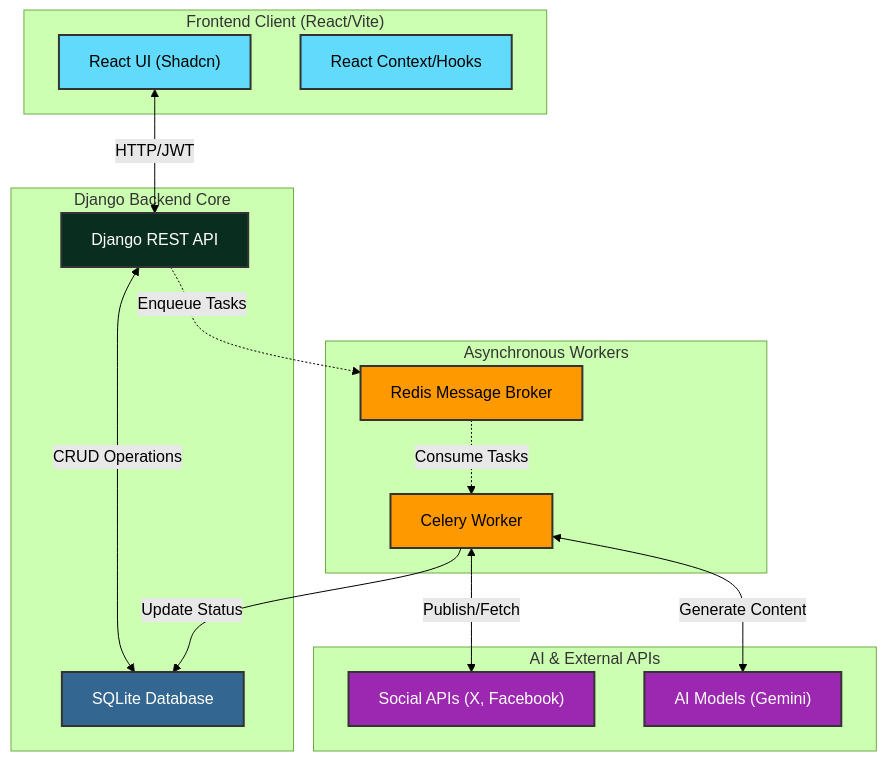
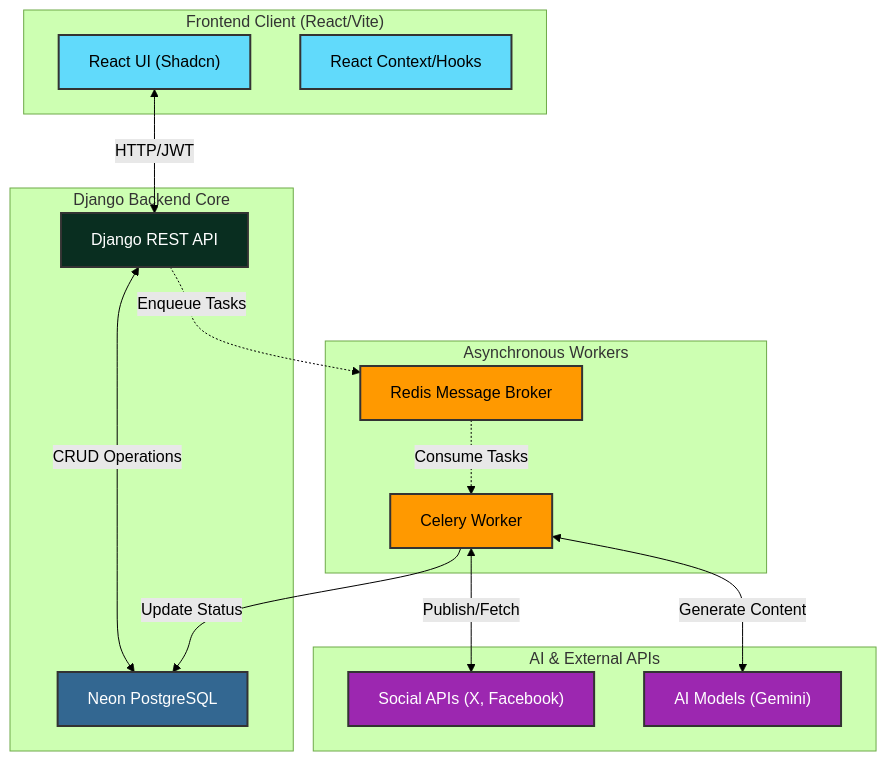
One commit to akshitsharmacodes/CruiseContent changed the first of 3 diagrams in README.md. Above: the diagram before and after it, drawn with Mermaid (forest theme). The commit also changed other lines of this file and 156 other files, not shown here.

````diff
--- a/README.md
+++ b/README.md
@@ -24,39 +24,39 @@
 ```mermaid
 graph TD
     %% Define Styles
     classDef frontend fill:#61DAFB,stroke:#333,stroke-width:2px,color:black;
     classDef backend fill:#092E20,stroke:#333,stroke-width:2px,color:white;
     classDef async fill:#FF9900,stroke:#333,stroke-width:2px,color:black;
     classDef ai fill:#9C27B0,stroke:#333,stroke-width:2px,color:white;
     classDef db fill:#336791,stroke:#333,stroke-width:2px,color:white;
 
     subgraph "Frontend Client (React/Vite)"
         UI["React UI (Shadcn)"]:::frontend
         State["React Context/Hooks"]:::frontend
     end
 
     subgraph "Django Backend Core"
         API["Django REST API"]:::backend
-        DB["SQLite Database"]:::db
+        DB["Neon PostgreSQL"]:::db
     end
 
     subgraph "Asynchronous Workers"
         Broker["Redis Message Broker"]:::async
         Worker["Celery Worker"]:::async
     end
 
     subgraph "AI & External APIs"
         Social["Social APIs (X, Facebook)"]:::ai
         LLM["AI Models (Gemini)"]:::ai
     end
 
     %% Data Flow
     UI <-->|HTTP/JWT| API
     API <-->|CRUD Operations| DB
     
     API -.->|Enqueue Tasks| Broker
     Broker -.->|Consume Tasks| Worker
     Worker <-->|Publish/Fetch| Social
     Worker <-->|Generate Content| LLM
     Worker -->|Update Status| DB
 ```
````
